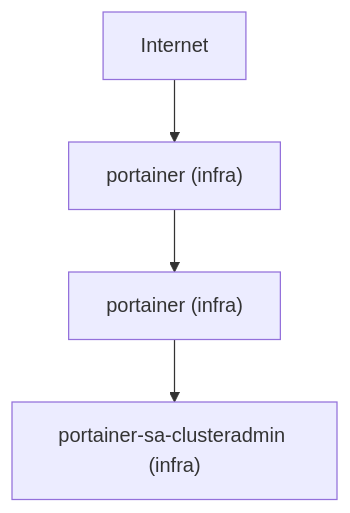
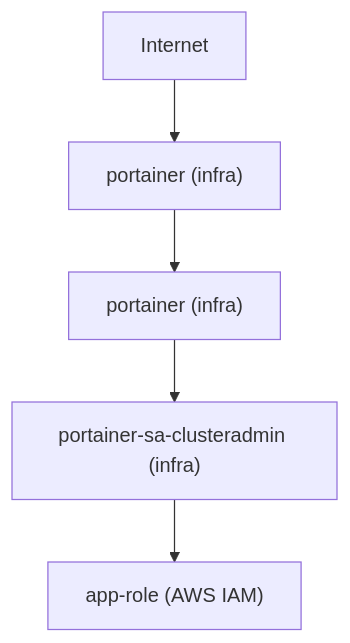
One commit to devopsproxy/dp changed the first of 2 diagrams in ARCHITECTURE.md. Above: the diagram before and after it, drawn with Mermaid. The commit also changed other lines of this file and 12 other files, not shown here.

First line of the commit message:
introduce internal asset graph engine

````diff
--- a/ARCHITECTURE.md
+++ b/ARCHITECTURE.md
@@ -401,12 +406,14 @@
 ```mermaid
 graph TD
 
 Internet["Internet"]
 LoadBalancer_portainer["portainer (infra)"]
 Deployment_portainer["portainer (infra)"]
 ServiceAccount_portainer_sa_clusteradmin["portainer-sa-clusteradmin (infra)"]
+IAMRole_app_role["app-role (AWS IAM)"]
 
 Internet --> LoadBalancer_portainer
 LoadBalancer_portainer --> Deployment_portainer
 Deployment_portainer --> ServiceAccount_portainer_sa_clusteradmin
+ServiceAccount_portainer_sa_clusteradmin --> IAMRole_app_role
 ```
````
